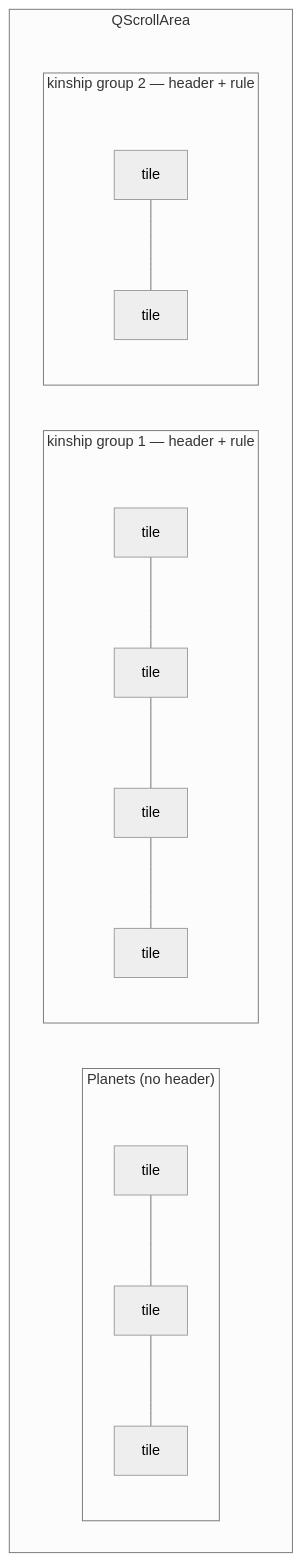
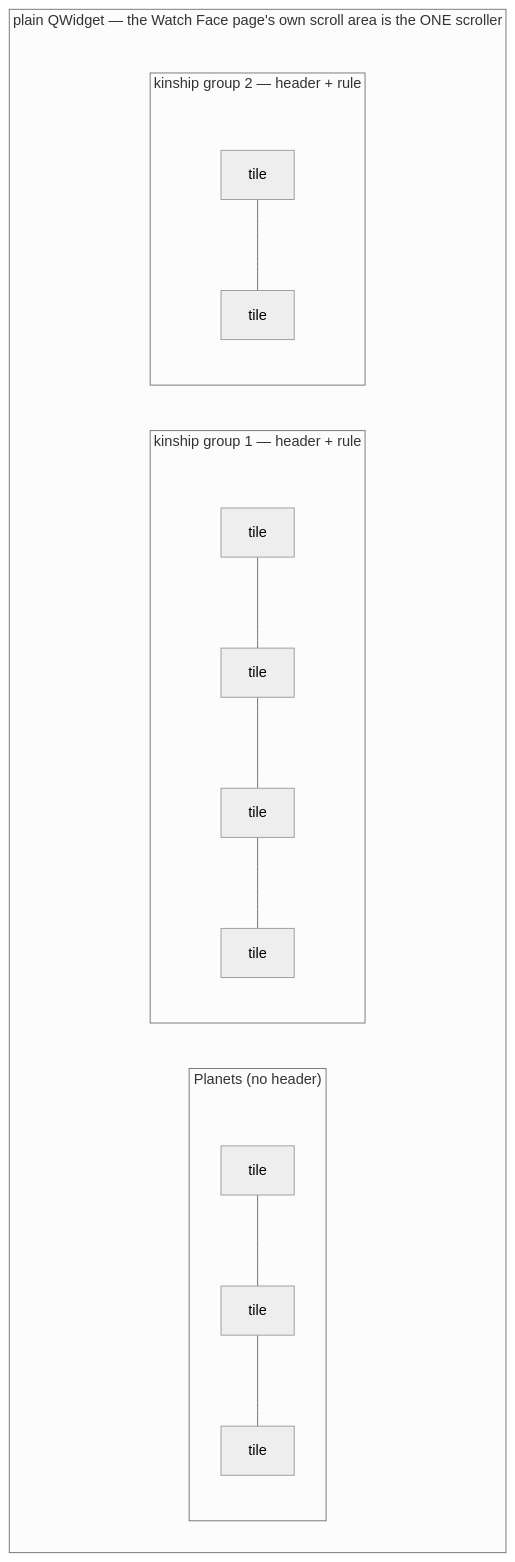
One commit to UVuruna/Watch-Academy changed the first of 2 diagrams in app/__flow/weekday_theme_grid.md. Above: the diagram before and after it, drawn with Mermaid (neutral theme). The commit also changed other lines of this file and 8 other files, not shown here.

````diff
--- a/app/__flow/weekday_theme_grid.md
+++ b/app/__flow/weekday_theme_grid.md
@@ -7,15 +7,15 @@
 ```mermaid
 %%{init: {'flowchart': {'subGraphTitleMargin': {'top': 0, 'bottom': 35}}}}%%
 flowchart TB
-    subgraph SCROLL["QScrollArea"]
+    subgraph CONTENT["plain QWidget — the Watch Face page's own scroll area is the ONE scroller"]
         subgraph TOP["Planets (no header)"]
             T1[tile] --- T2[tile] --- T3[tile]
         end
         subgraph G1["kinship group 1 — header + rule"]
             A1[tile] --- A2[tile] --- A3[tile] --- A4[tile]
         end
         subgraph G2["kinship group 2 — header + rule"]
             B1[tile] --- B2[tile]
         end
     end
 ```
````
